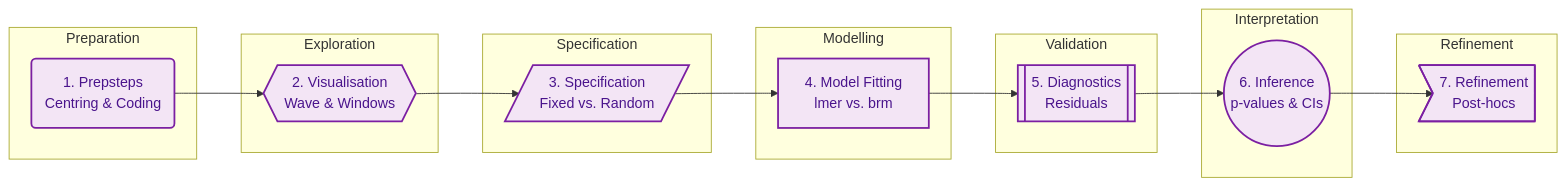
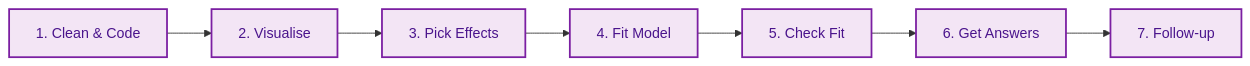
The diagram in Mixed_Effects_Models/Complete Literature Over.md (GM024/CourseSummaries), drawn with Mermaid before and after one commit.

Commit message:
Simplify Mermaid roadmap for better readability and minimal look

````diff
--- a/Mixed_Effects_Models/Complete Literature Over.md
+++ b/Mixed_Effects_Models/Complete Literature Over.md
@@ -11,40 +11,20 @@
 ```mermaid
 graph LR
-    subgraph Preparation
-    S1(1. Prepsteps<br/>Centring & Coding)
-    end
-    
-    subgraph Exploration
-    S2{{2. Visualisation<br/>Wave & Windows}}
-    end
-    
-    subgraph Specification
-    S3[/3. Specification<br/>Fixed vs. Random/]
-    end
-    
-    subgraph Modelling
-    S4[4. Model Fitting<br/>lmer vs. brm]
-    end
-    
-    subgraph Validation
-    S5[[5. Diagnostics<br/>Residuals]]
-    end
-    
-    subgraph Interpretation
-    S6((6. Inference<br/>p-values & CIs))
-    end
-    
-    subgraph Refinement
-    S7>7. Refinement<br/>Post-hocs]
-    end
+    S1[1. Clean & Code]
+    S2[2. Visualise]
+    S3[3. Pick Effects]
+    S4[4. Fit Model]
+    S5[5. Check Fit]
+    S6[6. Get Answers]
+    S7[7. Follow-up]
 
     S1 --> S2 --> S3 --> S4 --> S5 --> S6 --> S7
 
     style S1 fill:#f3e5f5,stroke:#7b1fa2,stroke-width:2px,color:#4a148c
     style S2 fill:#f3e5f5,stroke:#7b1fa2,stroke-width:2px,color:#4a148c
     style S3 fill:#f3e5f5,stroke:#7b1fa2,stroke-width:2px,color:#4a148c
     style S4 fill:#f3e5f5,stroke:#7b1fa2,stroke-width:2px,color:#4a148c
     style S5 fill:#f3e5f5,stroke:#7b1fa2,stroke-width:2px,color:#4a148c
     style S6 fill:#f3e5f5,stroke:#7b1fa2,stroke-width:2px,color:#4a148c
     style S7 fill:#f3e5f5,stroke:#7b1fa2,stroke-width:2px,color:#4a148c
 ```
````
